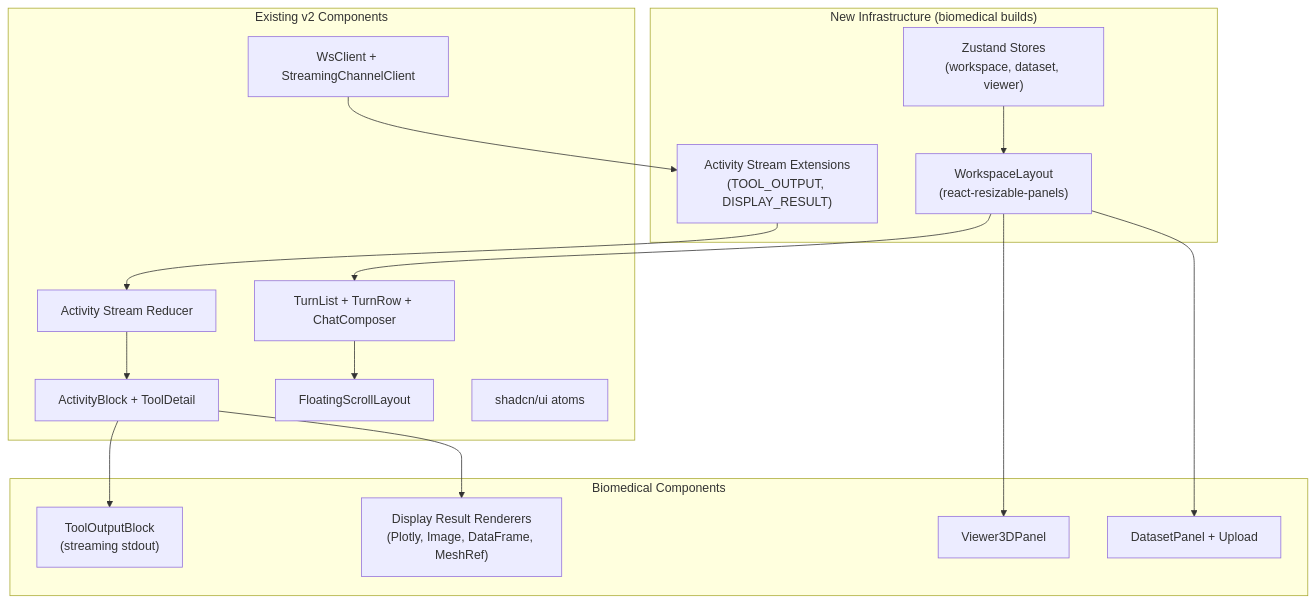
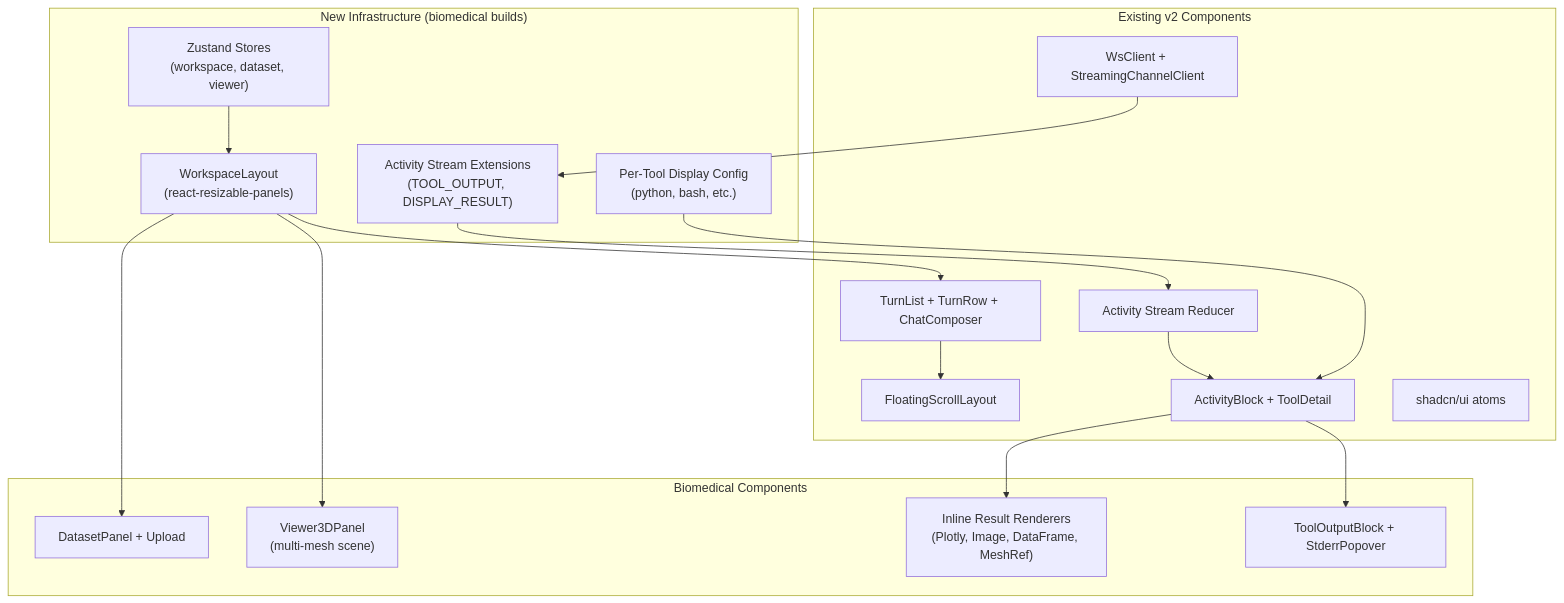
One commit to haowjy/meridian-flow changed the diagram in .meridian/work/biomedical-mvp/design/frontend/overview.md. Above: the diagram before and after it, drawn with Mermaid. The commit also changed other lines of this file and 12 other files, not shown here.

First line of the commit message:
Revise biomedical MVP design docs for two-tool model and inline results

````diff
--- a/.meridian/work/biomedical-mvp/design/frontend/overview.md
+++ b/.meridian/work/biomedical-mvp/design/frontend/overview.md
@@ -27,35 +25,37 @@
 ```mermaid
 flowchart TB
     subgraph NewInfra["New Infrastructure (biomedical builds)"]
         Layout["WorkspaceLayout<br/>(react-resizable-panels)"]
         Stores["Zustand Stores<br/>(workspace, dataset, viewer)"]
         StreamExt["Activity Stream Extensions<br/>(TOOL_OUTPUT, DISPLAY_RESULT)"]
+        ToolConfig["Per-Tool Display Config<br/>(python, bash, etc.)"]
     end
 
     subgraph Existing["Existing v2 Components"]
         WS["WsClient + StreamingChannelClient"]
         Reducer["Activity Stream Reducer"]
         AB["ActivityBlock + ToolDetail"]
         Thread["TurnList + TurnRow + ChatComposer"]
         Scroll["FloatingScrollLayout"]
         UI["shadcn/ui atoms"]
     end
 
     subgraph BioComponents["Biomedical Components"]
-        Viewer["Viewer3DPanel"]
-        Results["Display Result Renderers<br/>(Plotly, Image, DataFrame, MeshRef)"]
+        Viewer["Viewer3DPanel<br/>(multi-mesh scene)"]
+        Results["Inline Result Renderers<br/>(Plotly, Image, DataFrame, MeshRef)"]
         Dataset["DatasetPanel + Upload"]
-        Output["ToolOutputBlock<br/>(streaming stdout)"]
+        Output["ToolOutputBlock + StderrPopover"]
     end
 
     Layout --> Thread
     Layout --> Viewer
     Layout --> Dataset
     Stores --> Layout
     StreamExt --> Reducer
+    ToolConfig --> AB
     Reducer --> AB
     AB --> Output
     AB --> Results
     Thread --> Scroll
     WS --> StreamExt
 ```
````
